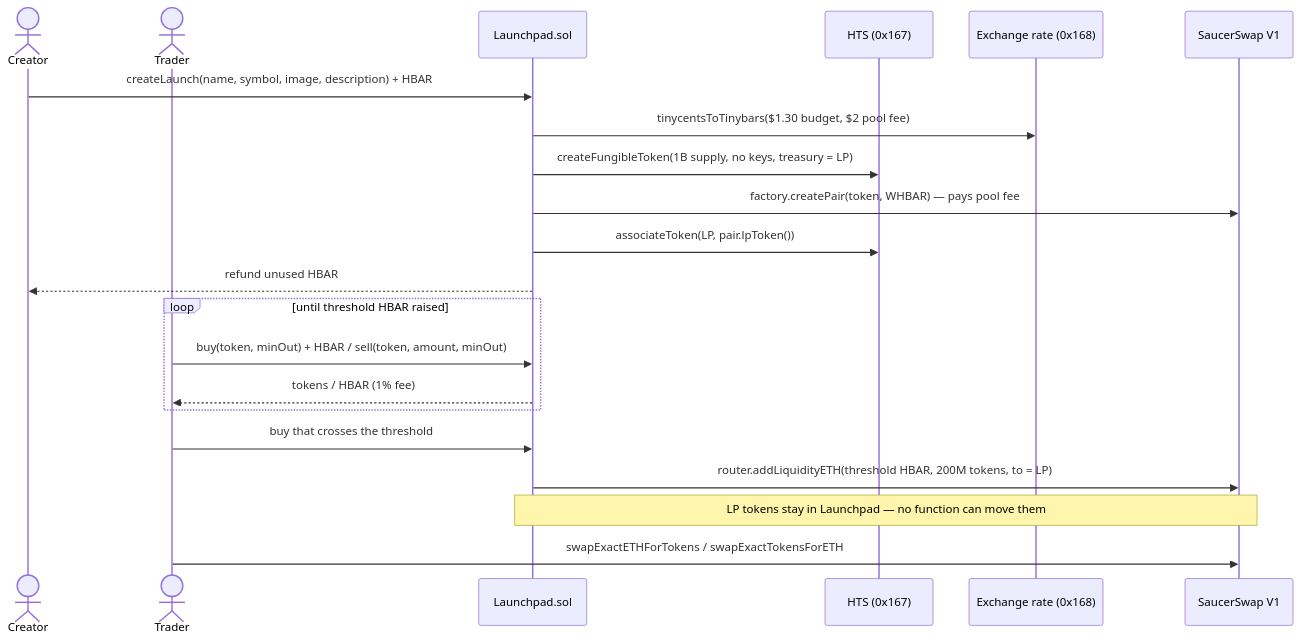
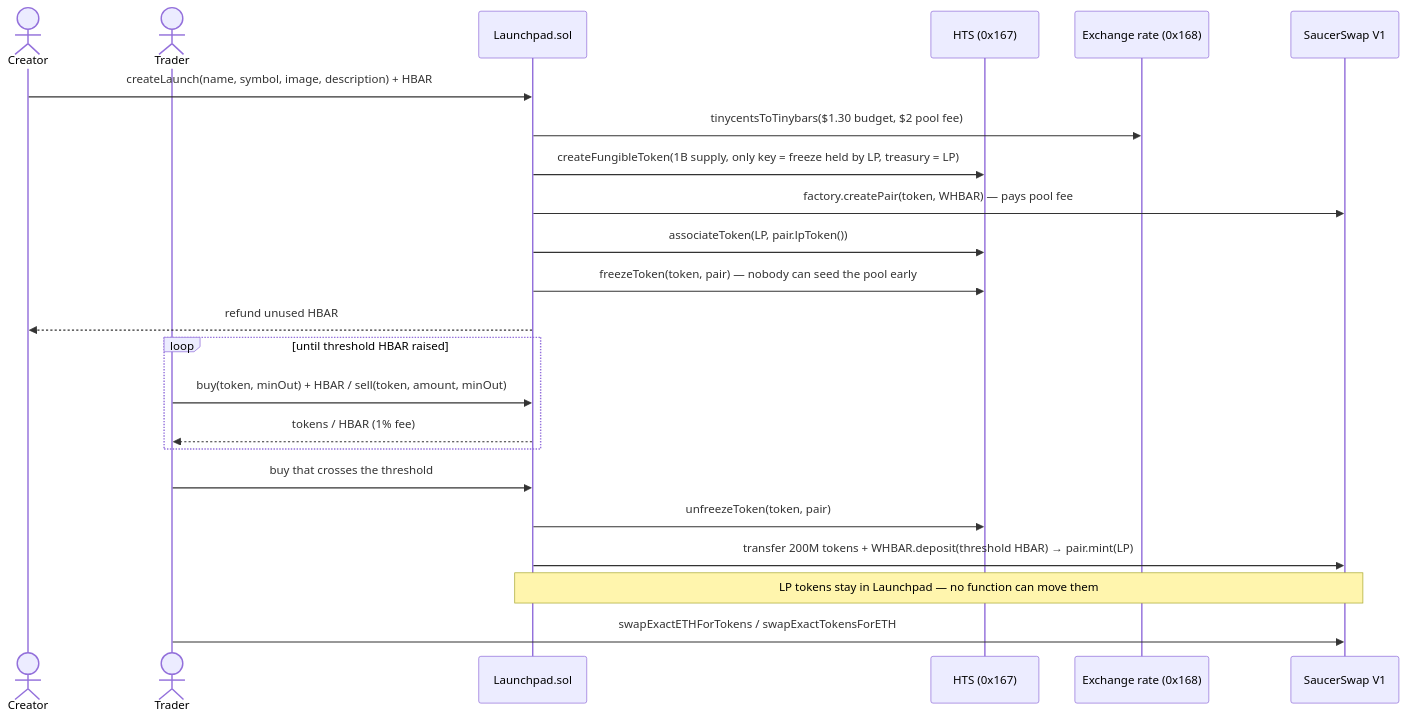
Before and after one commit to nickthelegend/scaffold-hbar-launchpad: the first of 2 diagrams in README.md, drawn with Mermaid. The commit also changed other lines of this file and 37 other files, not shown here.

First line of the commit message:
Freeze the pool until graduation; review fixes

````diff
--- a/README.md
+++ b/README.md
@@ -80,26 +80,28 @@
 ```mermaid
 sequenceDiagram
     actor Creator
     actor Trader
     participant LP as Launchpad.sol
     participant HTS as HTS (0x167)
     participant FX as Exchange rate (0x168)
     participant SS as SaucerSwap V1
 
     Creator->>LP: createLaunch(name, symbol, image, description) + HBAR
     LP->>FX: tinycentsToTinybars($1.30 budget, $2 pool fee)
-    LP->>HTS: createFungibleToken(1B supply, no keys, treasury = LP)
+    LP->>HTS: createFungibleToken(1B supply, only key = freeze held by LP, treasury = LP)
     LP->>SS: factory.createPair(token, WHBAR) — pays pool fee
     LP->>HTS: associateToken(LP, pair.lpToken())
+    LP->>HTS: freezeToken(token, pair) — nobody can seed the pool early
     LP-->>Creator: refund unused HBAR
 
     loop until threshold HBAR raised
         Trader->>LP: buy(token, minOut) + HBAR / sell(token, amount, minOut)
         LP-->>Trader: tokens / HBAR (1% fee)
     end
 
     Trader->>LP: buy that crosses the threshold
-    LP->>SS: router.addLiquidityETH(threshold HBAR, 200M tokens, to = LP)
+    LP->>HTS: unfreezeToken(token, pair)
+    LP->>SS: transfer 200M tokens + WHBAR.deposit(threshold HBAR) → pair.mint(LP)
     Note over LP,SS: LP tokens stay in Launchpad — no function can move them
     Trader->>SS: swapExactETHForTokens / swapExactTokensForETH
 ```
````
